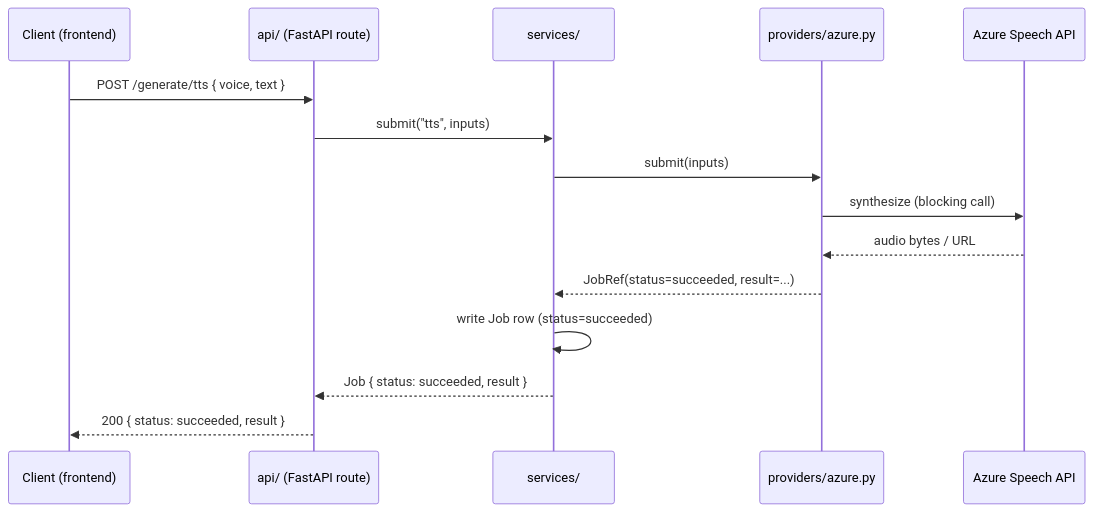
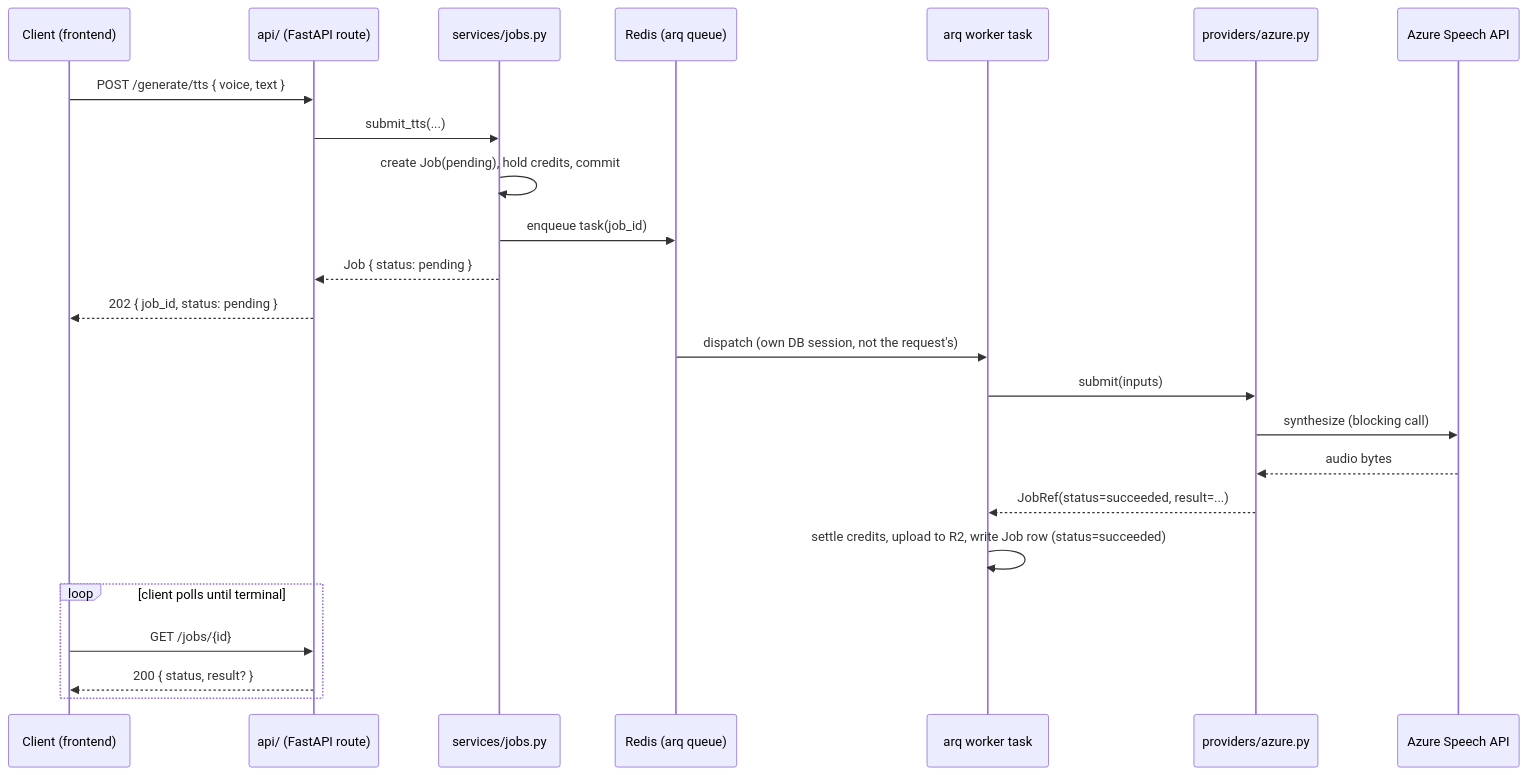
Before and after one commit to bensting/voicica-ai-v2: the fifth of 6 diagrams in docs/architecture.md, drawn with Mermaid. The commit also changed other lines of this file and 5 other files, not shown here.

````diff
--- a/docs/architecture.md
+++ b/docs/architecture.md
@@ -115,18 +119,27 @@
 ```mermaid
 sequenceDiagram
     participant C as Client (frontend)
     participant A as api/ (FastAPI route)
-    participant S as services/
+    participant S as services/jobs.py
+    participant Q as Redis (arq queue)
+    participant W as arq worker task
     participant P as providers/azure.py
     participant V as Azure Speech API
 
     C->>A: POST /generate/tts { voice, text }
-    A->>S: submit("tts", inputs)
-    S->>P: submit(inputs)
+    A->>S: submit_tts(...)
+    S->>S: create Job(pending), hold credits, commit
+    S->>Q: enqueue task(job_id)
+    S-->>A: Job { status: pending }
+    A-->>C: 202 { job_id, status: pending }
+    Q->>W: dispatch (own DB session, not the request's)
+    W->>P: submit(inputs)
     P->>V: synthesize (blocking call)
-    V-->>P: audio bytes / URL
-    P-->>S: JobRef(status=succeeded, result=...)
-    S->>S: write Job row (status=succeeded)
-    S-->>A: Job { status: succeeded, result }
-    A-->>C: 200 { status: succeeded, result }
+    V-->>P: audio bytes
+    P-->>W: JobRef(status=succeeded, result=...)
+    W->>W: settle credits, upload to R2, write Job row (status=succeeded)
+    loop client polls until terminal
+        C->>A: GET /jobs/{id}
+        A-->>C: 200 { status, result? }
+    end
 ```
````
